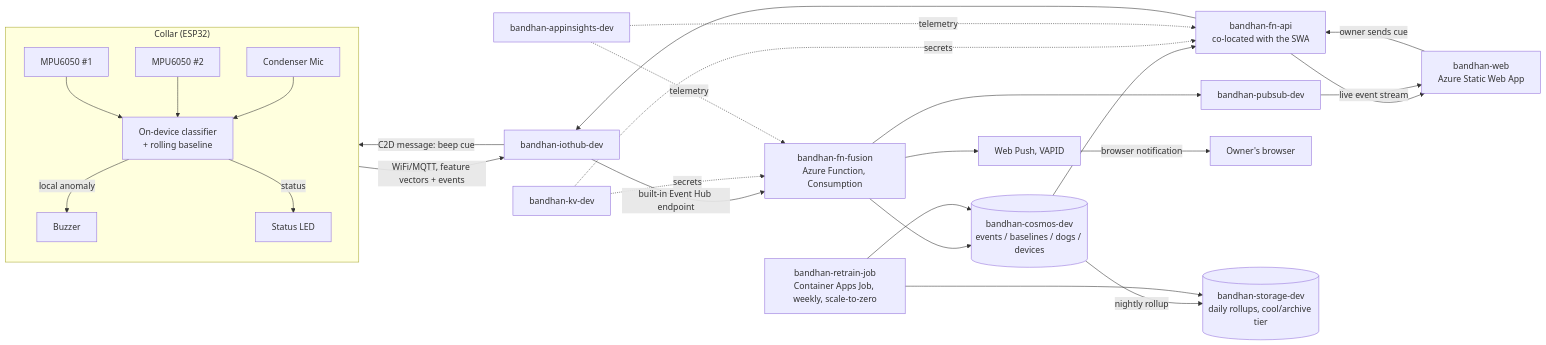
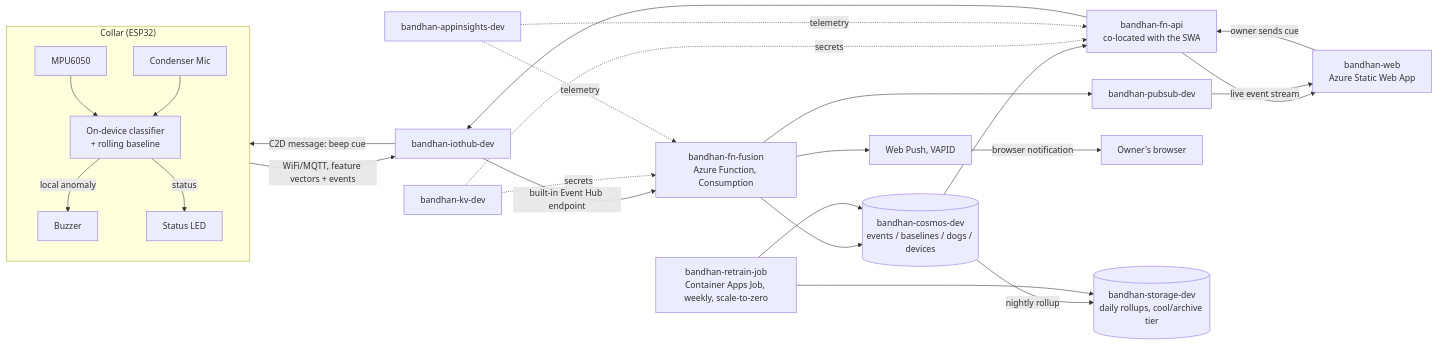
The diagram in docs/SYSTEM_DESIGN.md (Aryanjstar/Bandhan), drawn with Mermaid before and after one commit. The commit also changed other lines of this file and 14 other files, not shown here.

````diff
--- a/docs/SYSTEM_DESIGN.md
+++ b/docs/SYSTEM_DESIGN.md
@@ -28,41 +28,39 @@
 ```mermaid
 flowchart LR
     subgraph Collar["Collar (ESP32)"]
-        IMU1[MPU6050 #1]
-        IMU2[MPU6050 #2]
+        IMU[MPU6050]
         MIC[Condenser Mic]
         BUZ[Buzzer]
         LED[Status LED]
         TinyML[On-device classifier\n+ rolling baseline]
-        IMU1 --> TinyML
-        IMU2 --> TinyML
+        IMU --> TinyML
         MIC --> TinyML
         TinyML -- local anomaly --> BUZ
         TinyML -- status --> LED
     end
 
     Collar -- WiFi/MQTT, feature vectors + events --> IoT[bandhan-iothub-dev]
     IoT -- C2D message: beep cue --> Collar
 
     IoT -- built-in Event Hub endpoint --> FnFuse[bandhan-fn-fusion\nAzure Function, Consumption]
     FnFuse --> Cosmos[(bandhan-cosmos-dev\nevents / baselines / dogs / devices)]
     FnFuse --> PubSub[bandhan-pubsub-dev]
     FnFuse --> Push[Web Push, VAPID]
 
     Cosmos --> FnApi[bandhan-fn-api\nco-located with the SWA]
     FnApi --> SWA[bandhan-web\nAzure Static Web App]
     PubSub -- live event stream --> SWA
     Push -- browser notification --> Owner[Owner's browser]
 
     SWA -- owner sends cue --> FnApi --> IoT
 
     Blob[(bandhan-storage-dev\ndaily rollups, cool/archive tier)]
     Cosmos -- nightly rollup --> Blob
     Job[bandhan-retrain-job\nContainer Apps Job, weekly, scale-to-zero] --> Cosmos
     Job --> Blob
 
     KV[bandhan-kv-dev] -.secrets.-> FnFuse
     KV -.secrets.-> FnApi
     AI[bandhan-appinsights-dev] -.telemetry.-> FnFuse
     AI -.telemetry.-> FnApi
 ```
````
